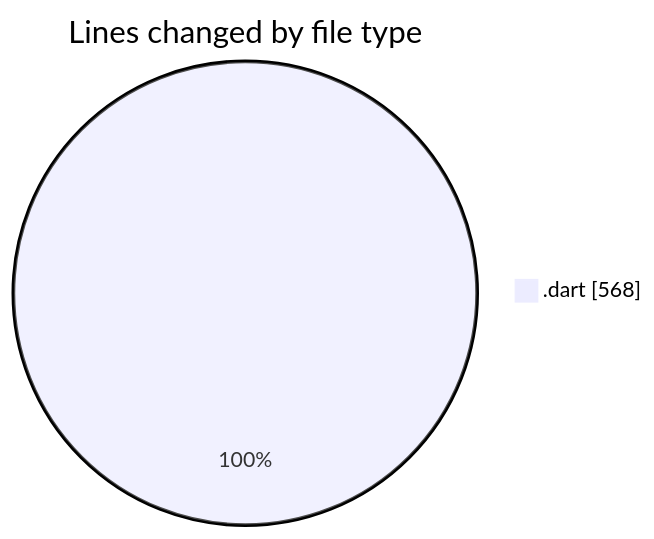
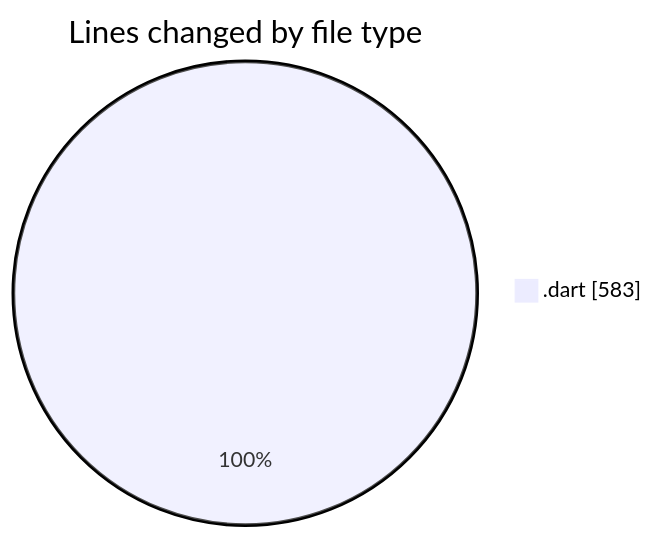
The first of 2 diagrams in 2025-03-25/wordle/README.md (donsfak/code-tracking), drawn with Mermaid before and after one commit. The commit also changed other lines of this file and 1 other file, not shown here.

````diff
--- a/2025-03-25/wordle/README.md
+++ b/2025-03-25/wordle/README.md
@@ -28,5 +28,5 @@
 ```mermaid
 pie showData
 title Lines changed by file type
-".dart" : 568
+".dart" : 583
 ```
````
